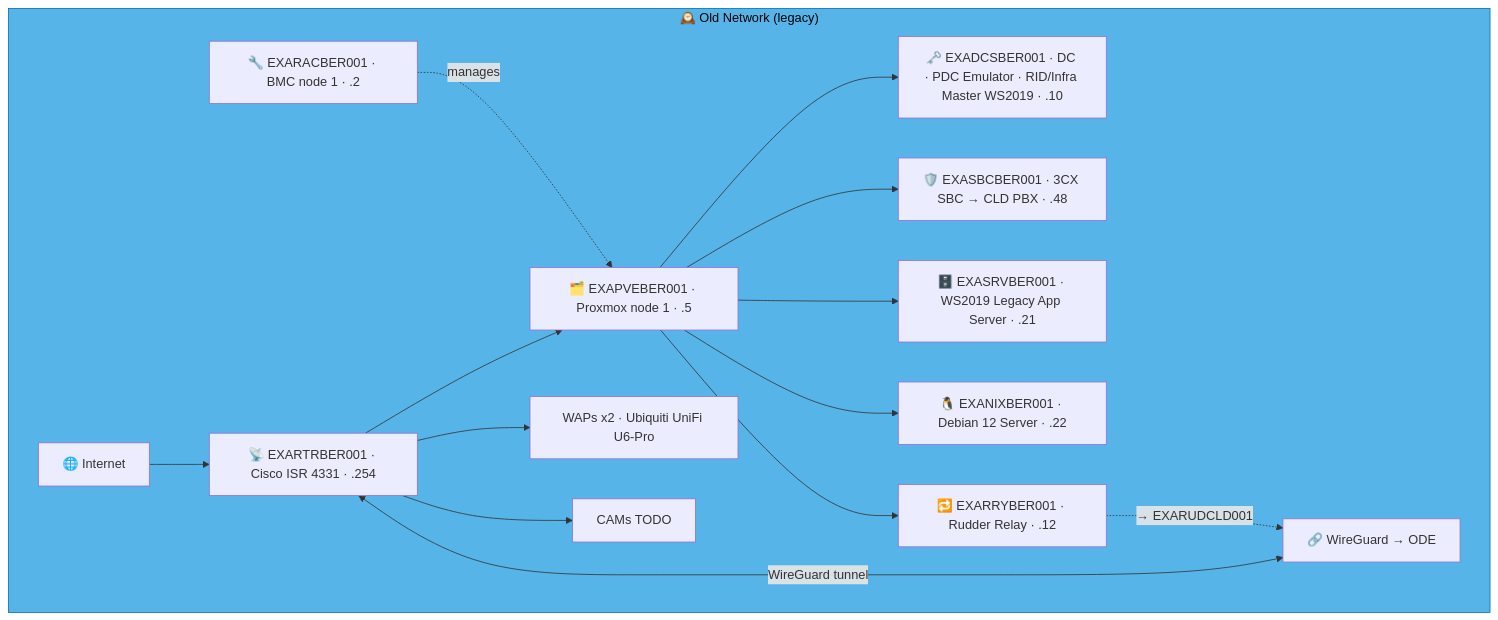
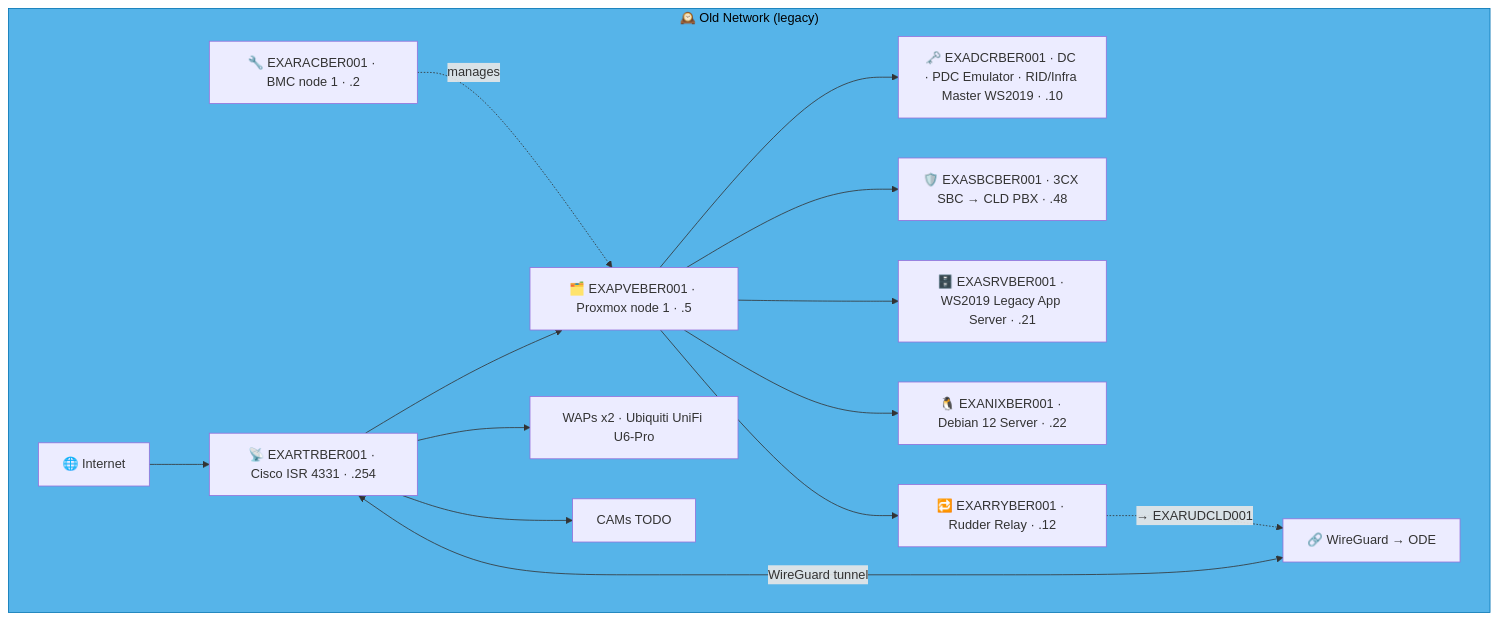
The fifth of 13 diagrams in docs/network-diagram/deutschland.md (knightmare2600/example_music_infra), drawn with Mermaid before and after one commit. The commit also changed other lines of this file and 8 other files, not shown here.

````diff
--- a/docs/network-diagram/deutschland.md
+++ b/docs/network-diagram/deutschland.md
@@ -215,26 +200,26 @@
 ```mermaid
 graph TD
     subgraph OLD_BER ["🕰️ Old Network (legacy)"]
       INET["🌐 Internet"]
       RTR["📡 EXARTRBER001 · Cisco ISR 4331 · .254"]
       RAC["🔧 EXARACBER001 · BMC node 1 · .2"]
       PVE["🗂️ EXAPVEBER001 · Proxmox node 1 · .5"]
-      DC["🗝️ EXADCSBER001 · DC · PDC Emulator · RID/Infra Master WS2019 · .10"]
+      DC["🗝️ EXADCRBER001 · DC · PDC Emulator · RID/Infra Master WS2019 · .10"]
       SBC["🛡️ EXASBCBER001 · 3CX SBC → CLD PBX · .48"]
       RRY["🔁 EXARRYBER001 · Rudder Relay · .12"]
       SRV["🗄️ EXASRVBER001 · WS2019 Legacy App Server · .21"]
       NIX["🐧 EXANIXBER001 · Debian 12 Server · .22"]
       WAP["WAPs x2 · Ubiquiti UniFi U6-Pro"]
       CAM["CAMs TODO"]
       VPN["🔗 WireGuard → ODE"]
 
       INET --> RTR --> PVE --> DC & SBC & SRV & NIX
       RAC -.->|"manages"| PVE
       RTR --> WAP & CAM
       RTR <-->|"WireGuard tunnel"| VPN
 
       PVE --> RRY
       RRY -. "→ EXARUDCLD001" .-> VPN
     end
     style OLD_BER fill:#56B4E9,stroke:#0072B2,color:#000000
 ```
````
